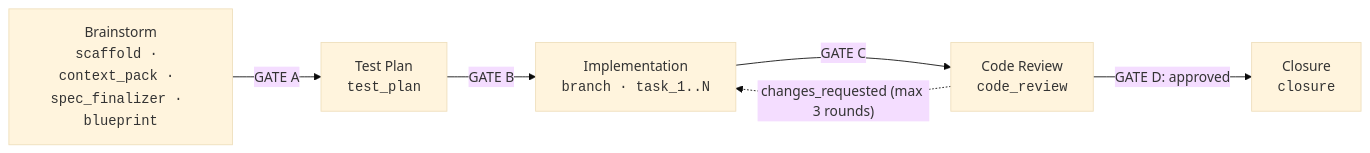
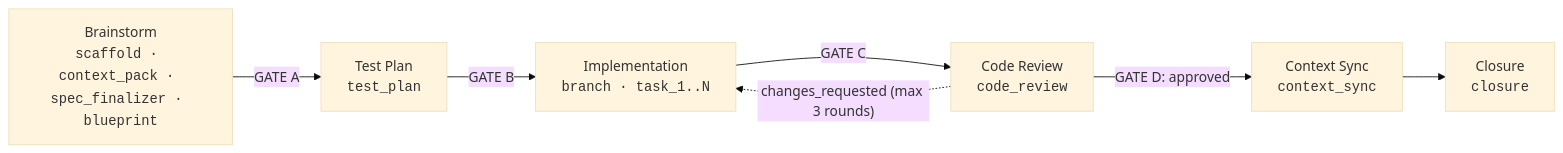
The diagram in site/concepts/pipeline.md (piyushbhargava1412/arcus-plugin), drawn with Mermaid (base theme) before and after one commit. The commit also changed other lines of this file and 15 other files, not shown here.

Commit message:
feat(ARC-0003): Task 9: sync docs and context fan-out for context_sync stage

````diff
--- a/site/concepts/pipeline.md
+++ b/site/concepts/pipeline.md
@@ -37,9 +38,10 @@
 ```mermaid
 flowchart LR
   S1["Brainstorm<br/><code>scaffold · context_pack · spec_finalizer · blueprint</code>"]
   S1 -->|"GATE A"| S2["Test Plan<br/><code>test_plan</code>"]
   S2 -->|"GATE B"| S3["Implementation<br/><code>branch · task_1..N</code>"]
   S3 -->|"GATE C"| S4["Code Review<br/><code>code_review</code>"]
-  S4 -->|"GATE D: approved"| S5["Closure<br/><code>closure</code>"]
+  S4 -->|"GATE D: approved"| S5["Context Sync<br/><code>context_sync</code>"]
+  S5 --> S6["Closure<br/><code>closure</code>"]
   S4 -. "changes_requested (max 3 rounds)" .-> S3
 ```
````
